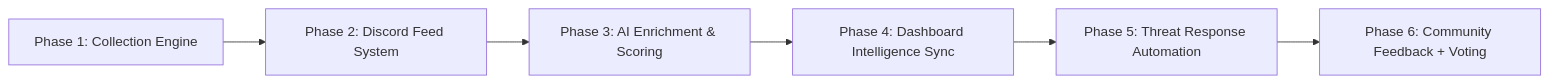
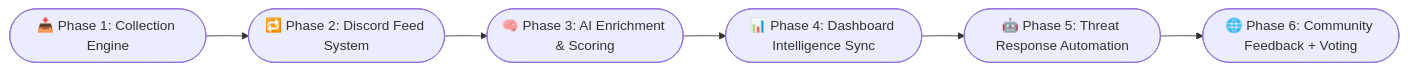
The diagram in README.md (vVv-Keys/vVv-Keys), drawn with Mermaid before and after one commit. The commit also changed other lines of this file, not shown here.

````diff
--- a/README.md
+++ b/README.md
@@ -95,8 +185,11 @@
 ```mermaid
-graph LR
-  A[Phase 1: Collection Engine] --> B[Phase 2: Discord Feed System]
-  B --> C[Phase 3: AI Enrichment & Scoring]
-  C --> D[Phase 4: Dashboard Intelligence Sync]
-  D --> E[Phase 5: Threat Response Automation]
-  E --> F[Phase 6: Community Feedback + Voting]
+flowchart LR
+  A1([📥 Phase 1: Collection Engine])
+  A2([🔁 Phase 2: Discord Feed System])
+  A3([🧠 Phase 3: AI Enrichment & Scoring])
+  A4([📊 Phase 4: Dashboard Intelligence Sync])
+  A5([🤖 Phase 5: Threat Response Automation])
+  A6([🌐 Phase 6: Community Feedback + Voting])
+
+  A1 --> A2 --> A3 --> A4 --> A5 --> A6
 ```
````
